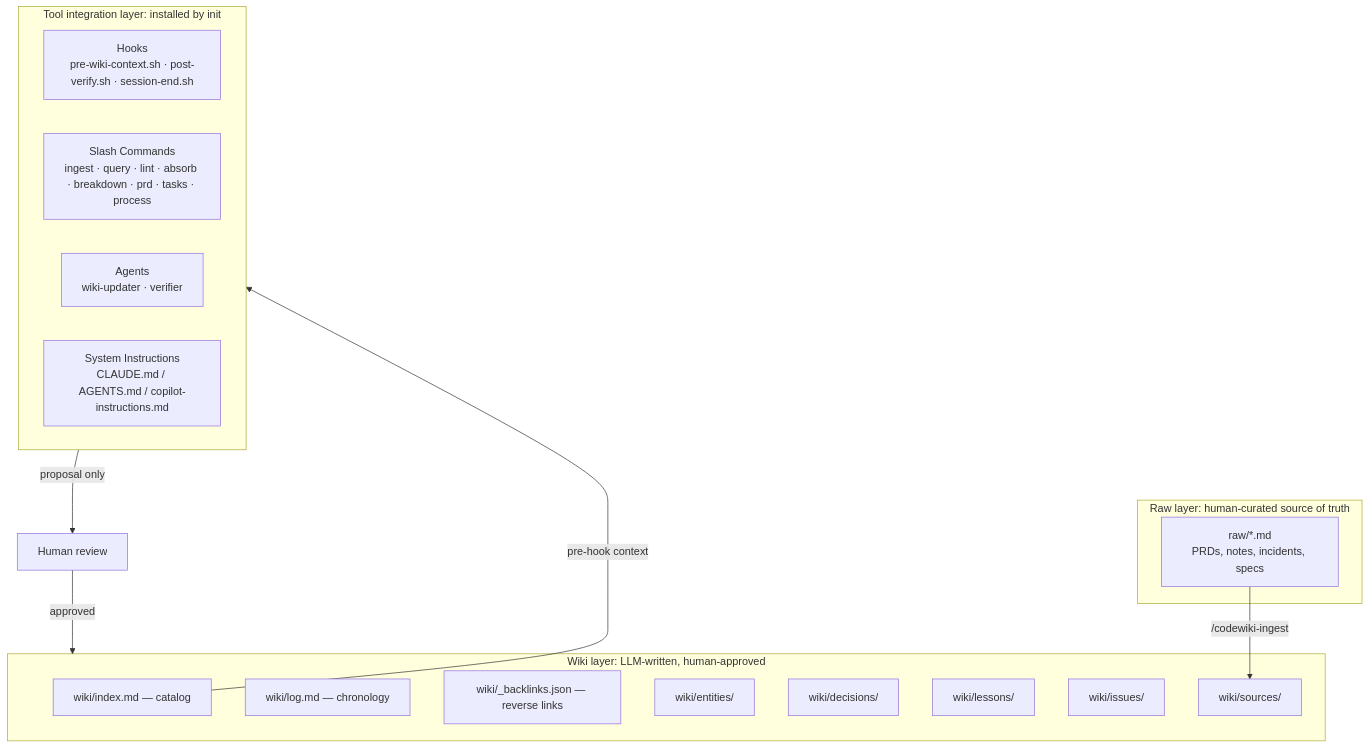
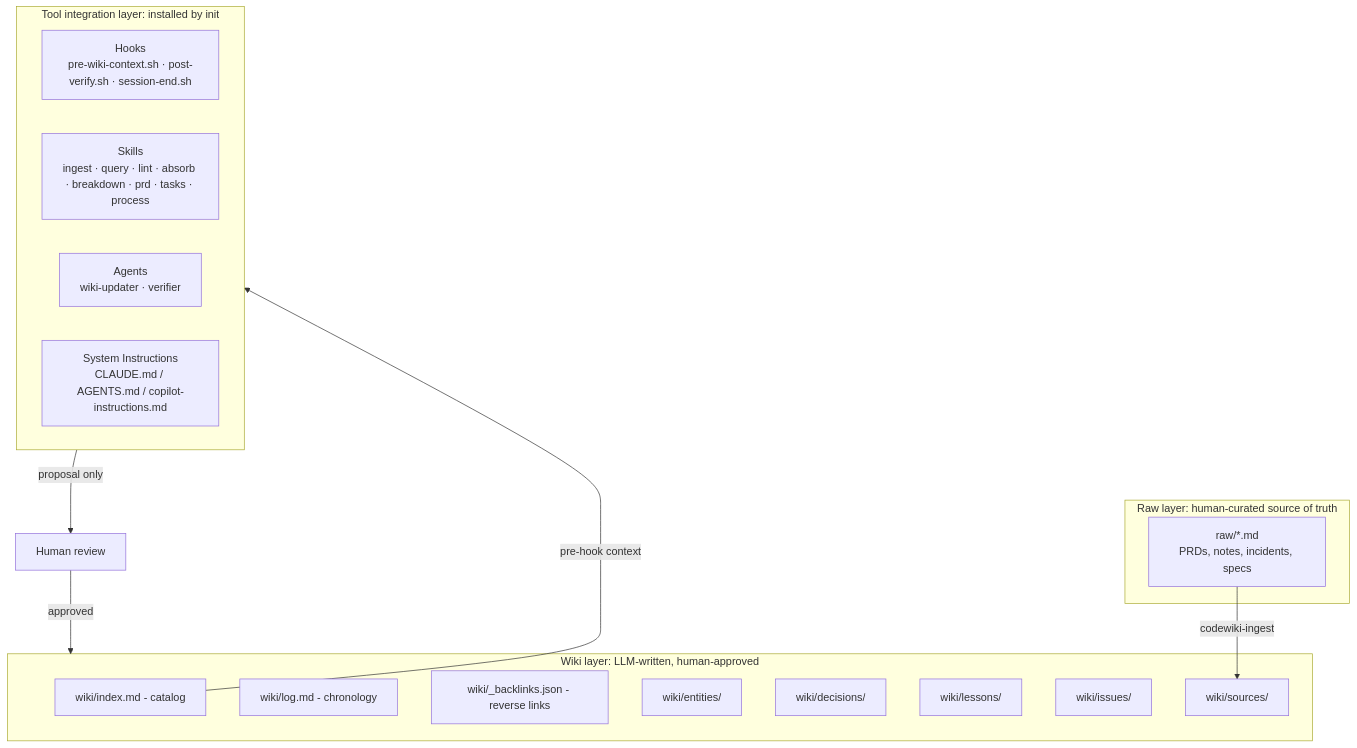
Before and after one commit to giuice/CodeWiki: the second of 2 diagrams in README.md, drawn with Mermaid. The commit also changed other lines of this file and 66 other files, not shown here.

````diff
--- a/README.md
+++ b/README.md
@@ -101,29 +103,29 @@
 ```mermaid
 flowchart TB
   subgraph Raw[Raw layer: human-curated source of truth]
     R1[raw/*.md<br/>PRDs, notes, incidents, specs]
   end
 
   subgraph Wiki[Wiki layer: LLM-written, human-approved]
-    W1[wiki/index.md — catalog]
-    W2[wiki/log.md — chronology]
-    W8[wiki/_backlinks.json — reverse links]
+    W1[wiki/index.md - catalog]
+    W2[wiki/log.md - chronology]
+    W8[wiki/_backlinks.json - reverse links]
     W3[wiki/entities/]
     W4[wiki/decisions/]
     W5[wiki/lessons/]
     W6[wiki/issues/]
     W7[wiki/sources/]
   end
 
   subgraph ToolIntegration[Tool integration layer: installed by init]
     H1[Hooks<br/>pre-wiki-context.sh · post-verify.sh · session-end.sh]
-    SC[Slash Commands<br/>ingest · query · lint · absorb · breakdown · prd · tasks · process]
+    SK[Skills<br/>ingest · query · lint · absorb · breakdown · prd · tasks · process]
     AG[Agents<br/>wiki-updater · verifier]
     SI[System Instructions<br/>CLAUDE.md / AGENTS.md / copilot-instructions.md]
   end
 
-  R1 -->|/codewiki-ingest| W7
+  R1 -->|codewiki-ingest| W7
   W1 -->|pre-hook context| ToolIntegration
   ToolIntegration -->|proposal only| Review[Human review]
   Review -->|approved| Wiki
 ```
````
